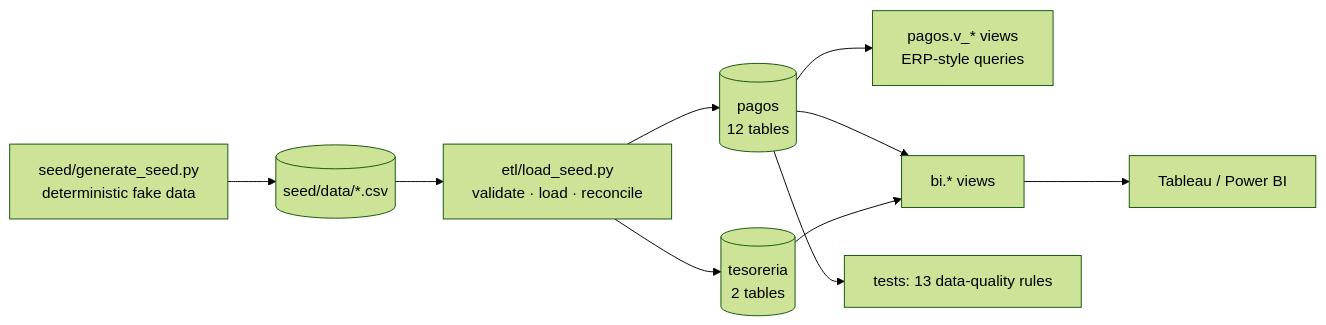
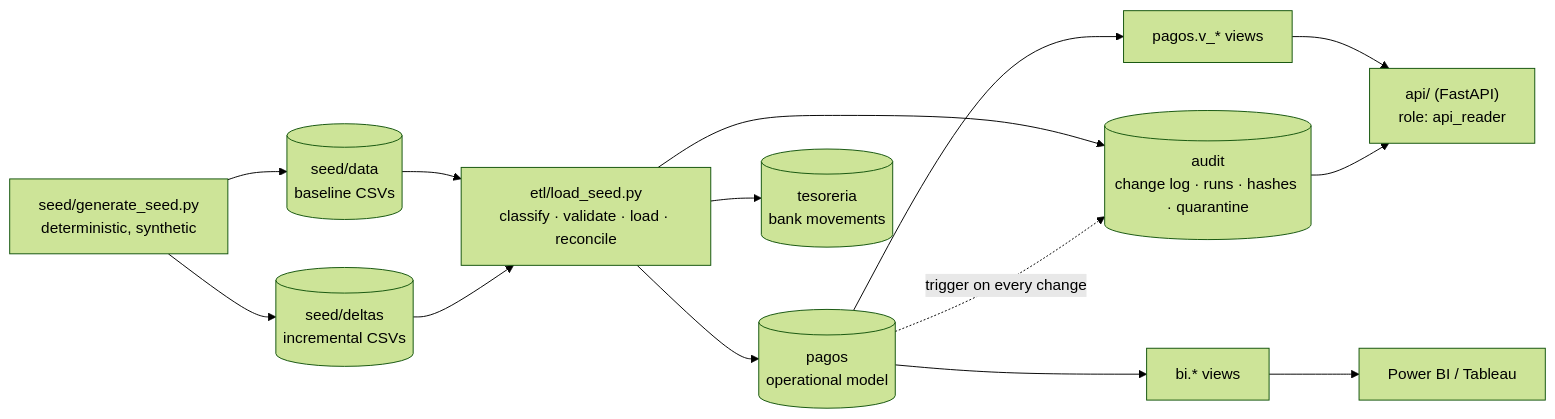
Before and after one commit to lautarobermudez/payments-data-platform: the diagram in README.md, drawn with Mermaid (forest theme). The commit also changed other lines of this file and 4 other files, not shown here.

First line of the commit message:
Docs: architecture, design decisions, audit schema and an updated README

````diff
--- a/README.md
+++ b/README.md
@@ -19,12 +21,15 @@
 ```mermaid
 flowchart LR
-    G[seed/generate_seed.py<br/>deterministic fake data] --> C[(seed/data/*.csv)]
-    C --> E[etl/load_seed.py<br/>validate · load · reconcile]
-    E --> P[(pagos<br/>12 tables)]
-    E --> T[(tesoreria<br/>2 tables)]
-    P --> V[pagos.v_* views<br/>ERP-style queries]
-    P --> B[bi.* views]
-    T --> B
-    B --> D[Tableau / Power BI]
-    P --> Q[tests: 13 data-quality rules]
+    G["seed/generate_seed.py<br/>deterministic, synthetic"] --> B[("seed/data<br/>baseline CSVs")]
+    G --> D[("seed/deltas<br/>incremental CSVs")]
+    B --> E["etl/load_seed.py<br/>classify · validate · load · reconcile"]
+    D --> E
+    E --> P[("pagos<br/>operational model")]
+    E --> T[("tesoreria<br/>bank movements")]
+    E --> A[("audit<br/>change log · runs · hashes · quarantine")]
+    P -. "trigger on every change" .-> A
+    P --> V["pagos.v_* views"]
+    P --> BI["bi.* views"] --> DASH["Power BI / Tableau"]
+    V --> API["api/ (FastAPI)<br/>role: api_reader"]
+    A --> API
 ```
````
